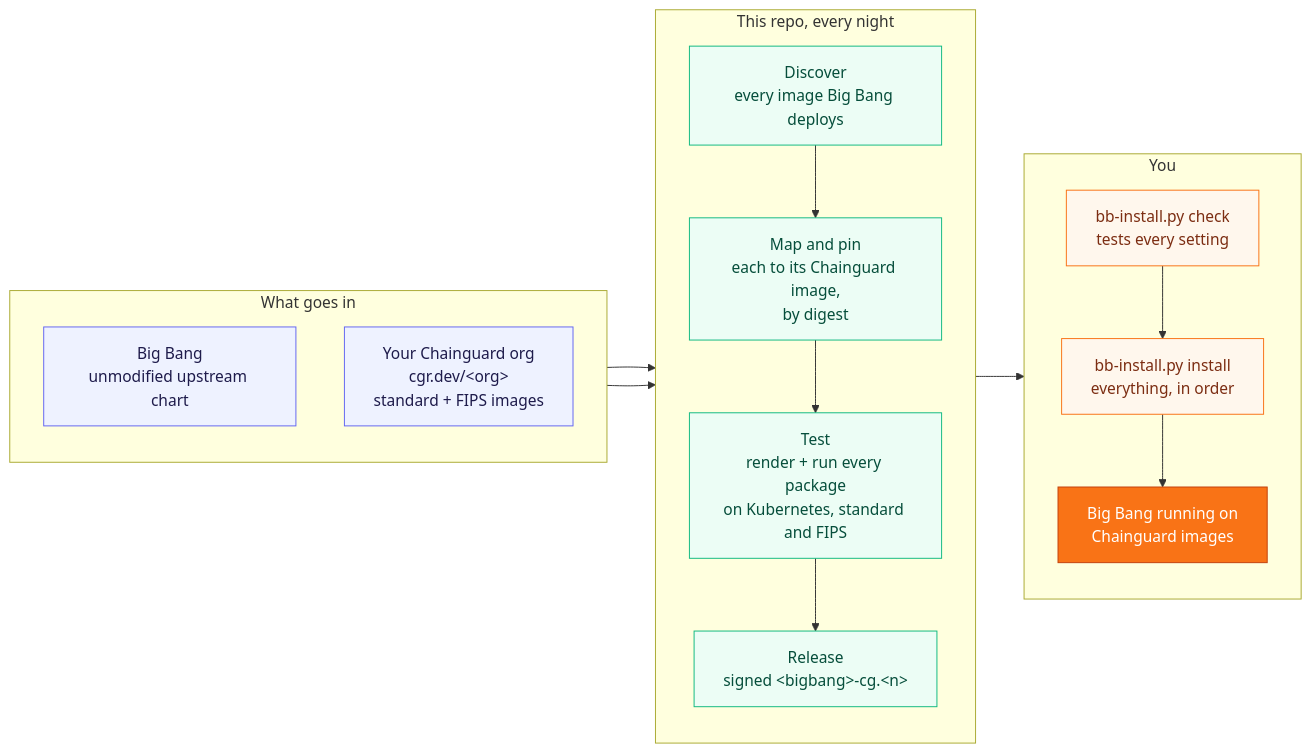
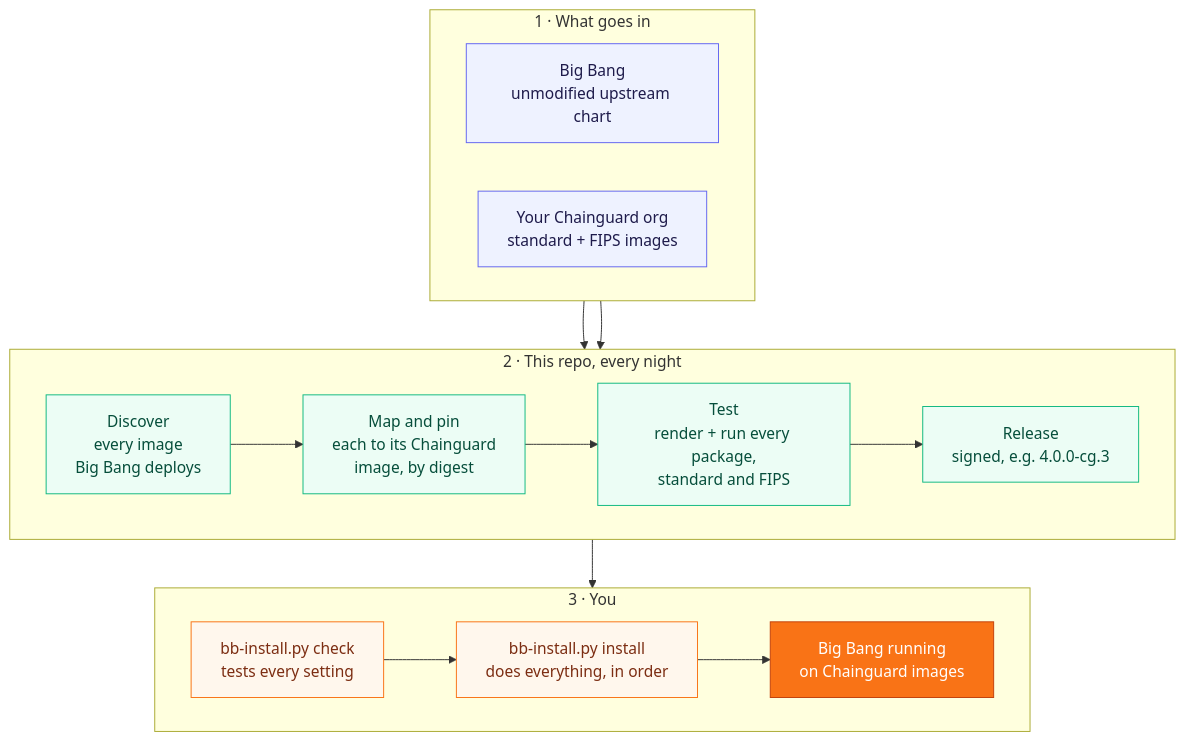
Before and after one commit to Zapata-Technology/bigbang-chainguard: the diagram in README.md, drawn with Mermaid.

Commit message:
README diagram: stacked bands, plain labels
Claude-Session: https://claude.ai/code/session_01W8WaG9xXTzLHWzgQ1H9QUq

````diff
--- a/README.md
+++ b/README.md
@@ -9,34 +9,34 @@
 ```mermaid
-flowchart LR
-    subgraph IN["What goes in"]
-        direction TB
+flowchart TB
+    subgraph IN["1 · What goes in"]
+        direction LR
         BB["Big Bang<br/>unmodified upstream chart"]
-        CG["Your Chainguard org<br/>cgr.dev/&lt;org&gt;<br/>standard + FIPS images"]
+        CG["Your Chainguard org<br/>standard + FIPS images"]
     end
 
-    subgraph REPO["This repo, every night"]
-        direction TB
-        D["Discover<br/>every image Big Bang deploys"] --> M["Map and pin<br/>each to its Chainguard image,<br/>by digest"]
-        M --> T["Test<br/>render + run every package<br/>on Kubernetes, standard and FIPS"]
-        T --> R["Release<br/>signed &lt;bigbang&gt;-cg.&lt;n&gt;"]
+    subgraph REPO["2 · This repo, every night"]
+        direction LR
+        D["Discover<br/>every image<br/>Big Bang deploys"] --> M["Map and pin<br/>each to its Chainguard<br/>image, by digest"]
+        M --> T["Test<br/>render + run every package,<br/>standard and FIPS"]
+        T --> R["Release<br/>signed, e.g. 4.0.0-cg.3"]
     end
 
-    subgraph YOU["You"]
-        direction TB
-        C["bb-install.py check<br/>tests every setting"] --> I["bb-install.py install<br/>everything, in order"]
-        I --> K["Big Bang running on<br/>Chainguard images"]
+    subgraph YOU["3 · You"]
+        direction LR
+        C["bb-install.py check<br/>tests every setting"] --> I["bb-install.py install<br/>does everything, in order"]
+        I --> K["Big Bang running<br/>on Chainguard images"]
     end
 
     BB --> D
     CG --> M
     R --> C
 
     classDef input fill:#eef2ff,stroke:#6366f1,color:#1e1b4b
     classDef step fill:#ecfdf5,stroke:#10b981,color:#064e3b
     classDef you fill:#fff7ed,stroke:#f97316,color:#7c2d12
     classDef done fill:#f97316,stroke:#c2410c,color:#ffffff
     class BB,CG input
     class D,M,T,R step
     class C,I you
     class K done
 ```
````
